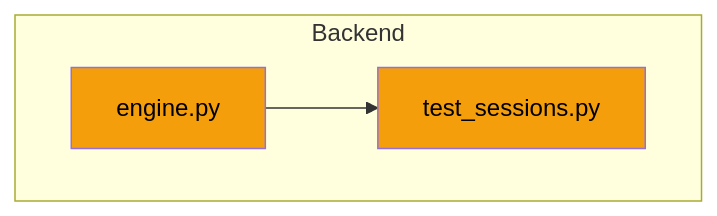
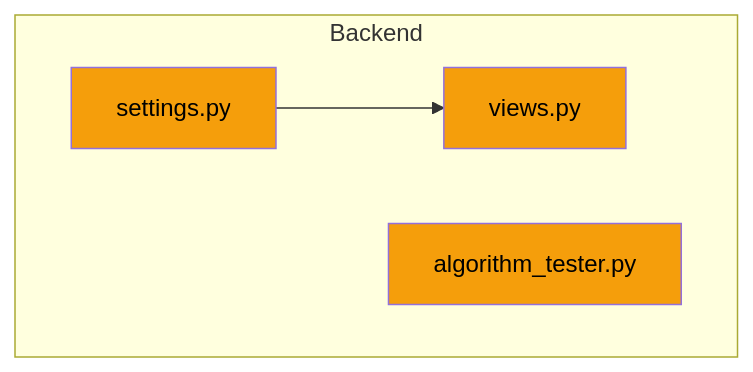
One commit to hongikarchi/archi-tinder changed the fourth of 4 diagrams in .claude/Report.md. Above: the diagram before and after it, drawn with Mermaid. The commit also changed other lines of this file and 1 other file, not shown here.

````diff
--- a/.claude/Report.md
+++ b/.claude/Report.md
@@ -175,10 +177,11 @@
 ```mermaid
 graph TD
     subgraph Backend
-        engine.py:::modified
-        test_sessions.py:::modified
+        settings.py:::modified
+        views.py:::modified
+        algorithm_tester.py:::modified
     end
-    engine.py --> test_sessions.py
+    settings.py --> views.py
 
     classDef modified fill:#f59e0b,color:#000
 ```
````
